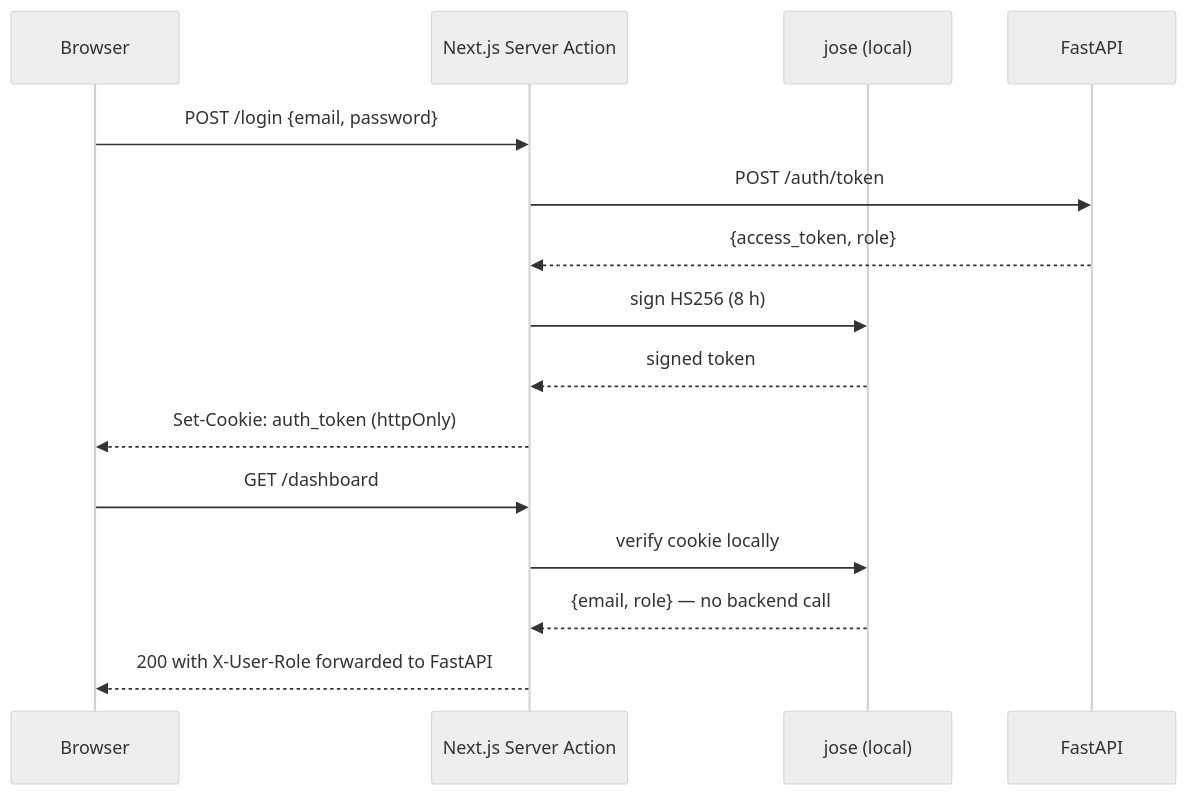
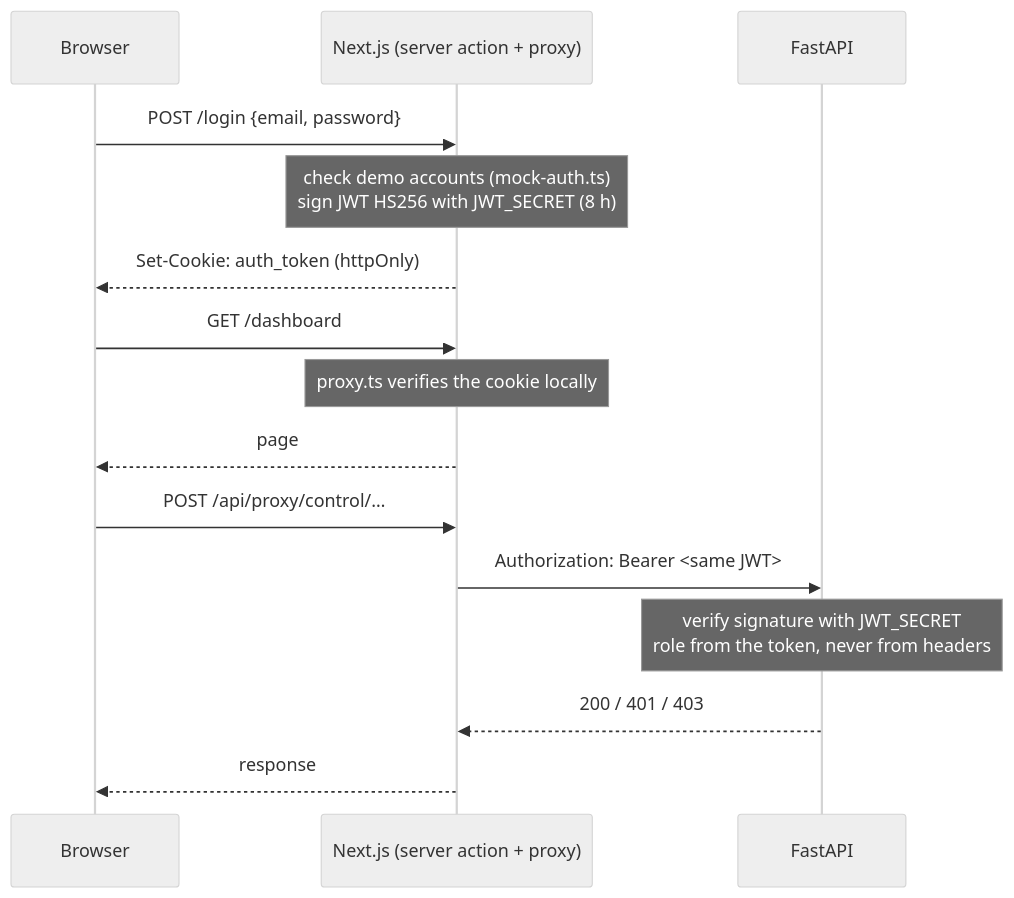
Before and after one commit to faryanra/data-center-digital-twin: the third of 3 diagrams in README.md, drawn with Mermaid (neutral theme). The commit also changed other lines of this file and 3 other files, not shown here.

````diff
--- a/README.md
+++ b/README.md
@@ -71,19 +70,20 @@
 ```mermaid
 sequenceDiagram
     participant Browser
-    participant Next as Next.js Server Action
-    participant JWT as jose (local)
+    participant Next as Next.js (server action + proxy)
     participant FastAPI
 
     Browser->>Next: POST /login {email, password}
-    Next->>FastAPI: POST /auth/token
-    FastAPI-->>Next: {access_token, role}
-    Next->>JWT: sign HS256 (8 h)
-    JWT-->>Next: signed token
+    Note over Next: check demo accounts (mock-auth.ts)<br/>sign JWT HS256 with JWT_SECRET (8 h)
     Next-->>Browser: Set-Cookie: auth_token (httpOnly)
 
     Browser->>Next: GET /dashboard
-    Next->>JWT: verify cookie locally
-    JWT-->>Next: {email, role} — no backend call
-    Next-->>Browser: 200 with X-User-Role forwarded to FastAPI
+    Note over Next: proxy.ts verifies the cookie locally
+    Next-->>Browser: page
+
+    Browser->>Next: POST /api/proxy/control/…
+    Next->>FastAPI: Authorization: Bearer <same JWT>
+    Note over FastAPI: verify signature with JWT_SECRET<br/>role from the token, never from headers
+    FastAPI-->>Next: 200 / 401 / 403
+    Next-->>Browser: response
 ```
````
